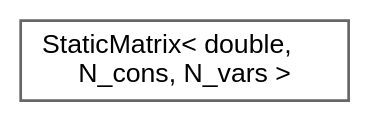
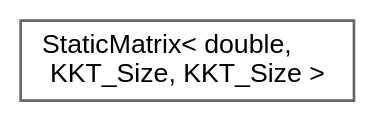
One commit to jswoo0615/Algorithms_for_Optimization_cpp changed the diagram in inherit_graph_59.dot. Above: the diagram before and after it, drawn with Graphviz. The commit also changed 102 other files, not shown here.

```diff
--- a/inherit_graph_59.dot
+++ b/inherit_graph_59.dot
@@ -1,9 +1,9 @@
 digraph "Graphical Class Hierarchy"
 {
  // LATEX_PDF_SIZE
   bgcolor="transparent";
   edge [fontname=Helvetica,fontsize=10,labelfontname=Helvetica,labelfontsize=10];
   node [fontname=Helvetica,fontsize=10,shape=box,height=0.2,width=0.4];
   rankdir="LR";
-  Node0 [id="Node000000",label="StaticMatrix\< double,\l N_cons, N_vars \>",height=0.2,width=0.4,color="grey40", fillcolor="white", style="filled",URL="$classStaticMatrix.html",tooltip=" "];
+  Node0 [id="Node000000",label="StaticMatrix\< double,\l KKT_Size, KKT_Size \>",height=0.2,width=0.4,color="grey40", fillcolor="white", style="filled",URL="$classStaticMatrix.html",tooltip=" "];
 }
```
